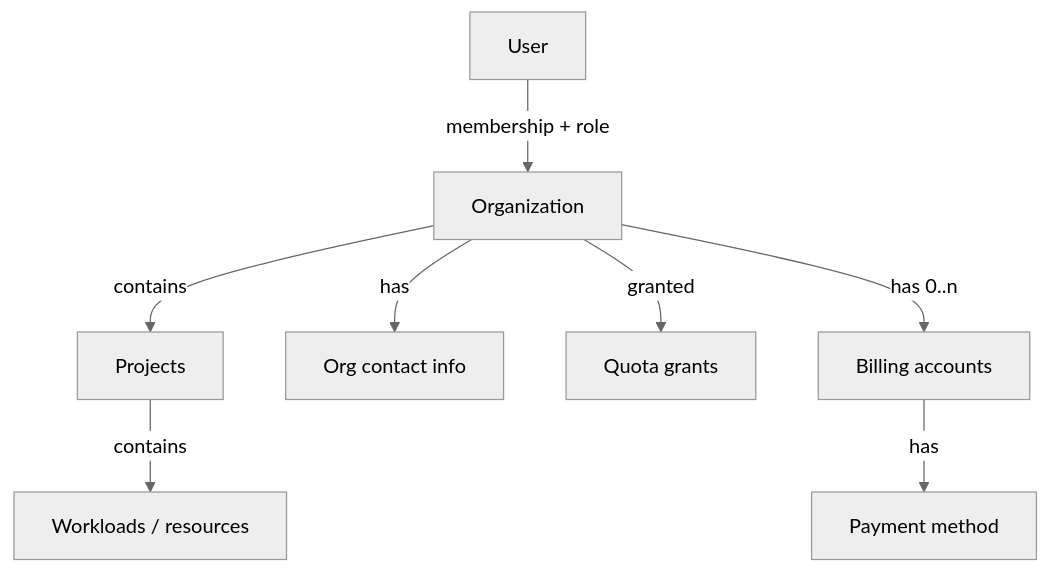
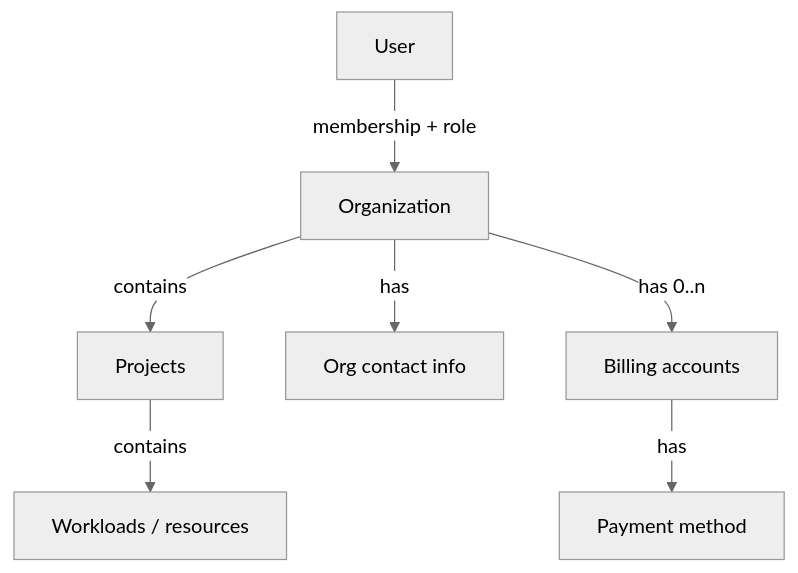
The first of 2 diagrams in enhancements/platform/identity-and-access-management/unified-organizations/README.md (datum-cloud/enhancements), drawn with Mermaid (neutral theme) before and after one commit. The commit also changed other lines of this file, not shown here.

````diff
--- a/enhancements/platform/identity-and-access-management/unified-organizations/README.md
+++ b/enhancements/platform/identity-and-access-management/unified-organizations/README.md
@@ -77,10 +68,9 @@
 ```mermaid
 flowchart TD
   user[User] -- membership + role --> org[Organization]
   org -- contains --> project[Projects]
   project -- contains --> workloads[Workloads / resources]
   org -- has --> contact[Org contact info]
-  org -- granted --> quota[Quota grants]
   org -- has 0..n --> billing[Billing accounts]
   billing -- has --> payment[Payment method]
 ```
````
